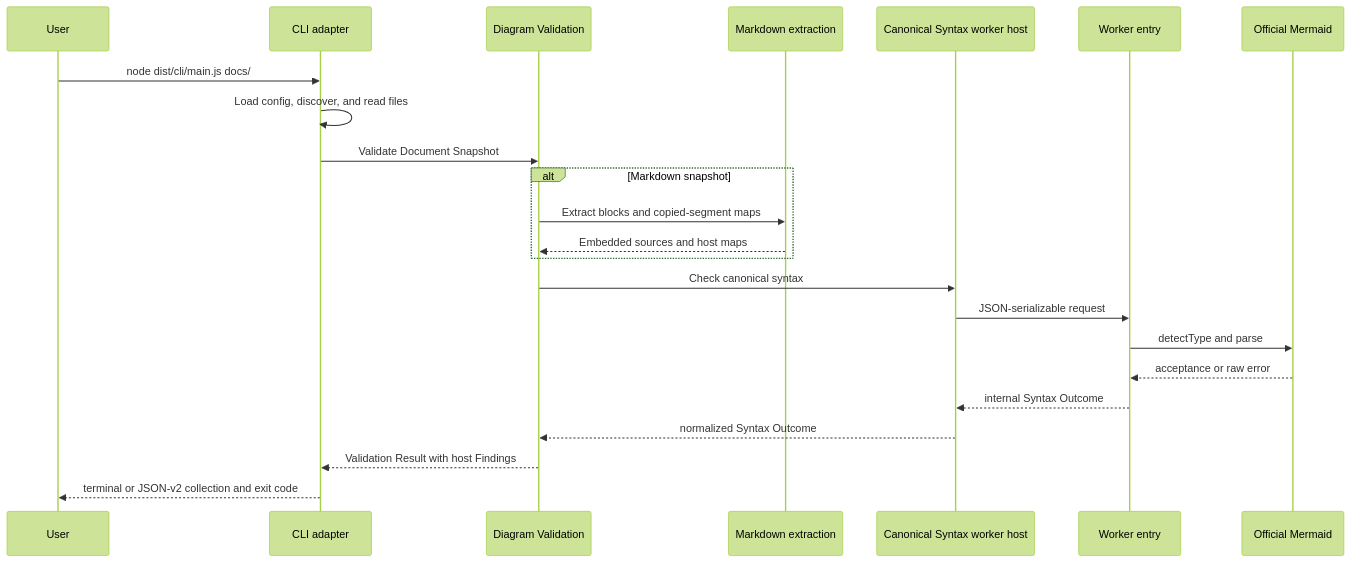
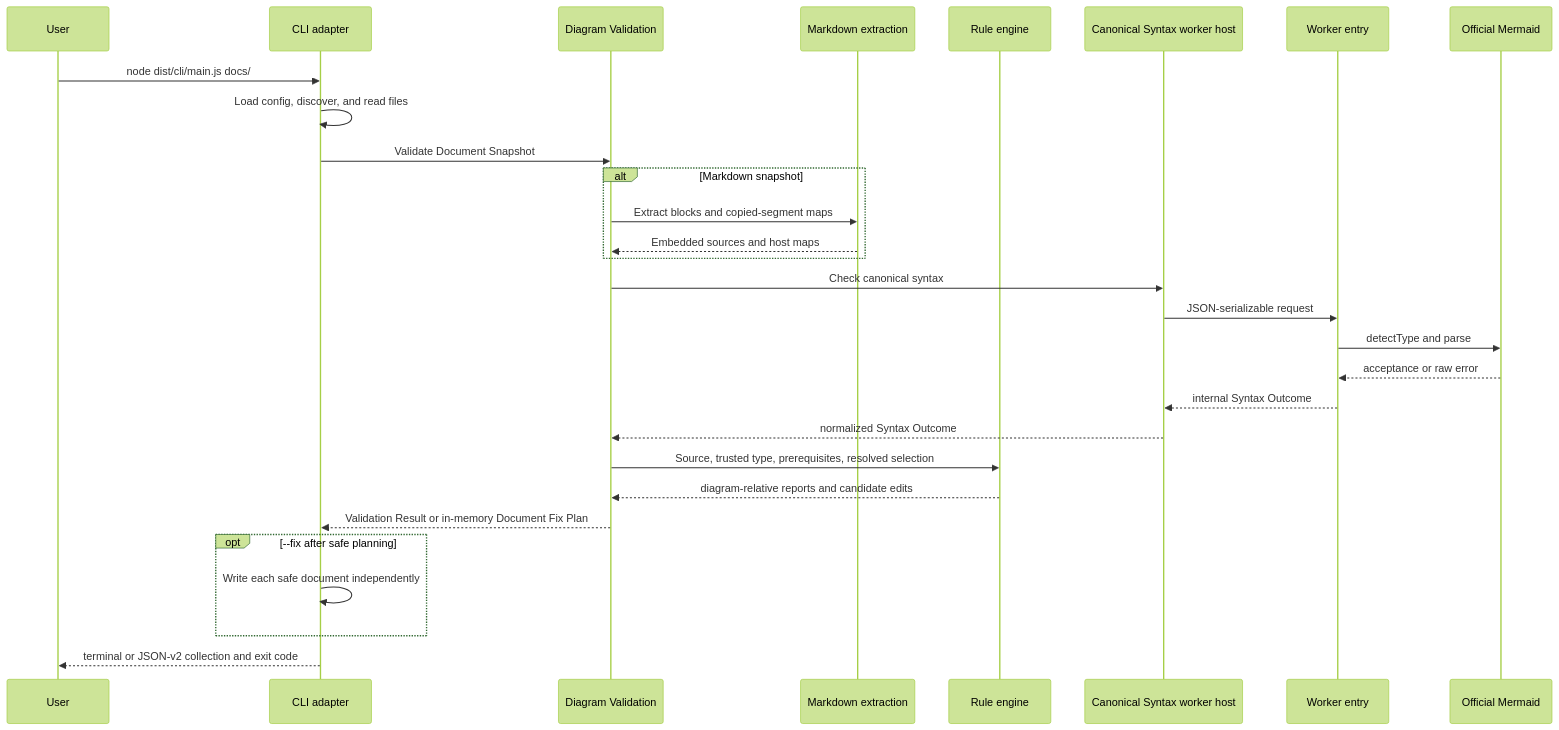
Before and after one commit to sanbaiw/mermaid-validator: the second of 2 diagrams in ARCHITECTURE.md, drawn with Mermaid (forest theme). The commit also changed other lines of this file and 40 other files, not shown here.

Commit message:
feat: implement stage 3 rules and safe fixes

````diff
--- a/ARCHITECTURE.md
+++ b/ARCHITECTURE.md
@@ -252,26 +257,32 @@
 ```mermaid
 sequenceDiagram
   participant User
   participant CLI as CLI adapter
   participant Validation as Diagram Validation
   participant Markdown as Markdown extraction
+  participant Rules as Rule engine
   participant Host as Canonical Syntax worker host
   participant Worker as Worker entry
   participant Mermaid as Official Mermaid
 
   User->>CLI: node dist/cli/main.js docs/
   CLI->>CLI: Load config, discover, and read files
   CLI->>Validation: Validate Document Snapshot
   alt Markdown snapshot
     Validation->>Markdown: Extract blocks and copied-segment maps
     Markdown-->>Validation: Embedded sources and host maps
   end
   Validation->>Host: Check canonical syntax
   Host->>Worker: JSON-serializable request
   Worker->>Mermaid: detectType and parse
   Mermaid-->>Worker: acceptance or raw error
   Worker-->>Host: internal Syntax Outcome
   Host-->>Validation: normalized Syntax Outcome
-  Validation-->>CLI: Validation Result with host Findings
+  Validation->>Rules: Source, trusted type, prerequisites, resolved selection
+  Rules-->>Validation: diagram-relative reports and candidate edits
+  Validation-->>CLI: Validation Result or in-memory Document Fix Plan
+  opt --fix after safe planning
+    CLI->>CLI: Write each safe document independently
+  end
   CLI-->>User: terminal or JSON-v2 collection and exit code
 ```
````
